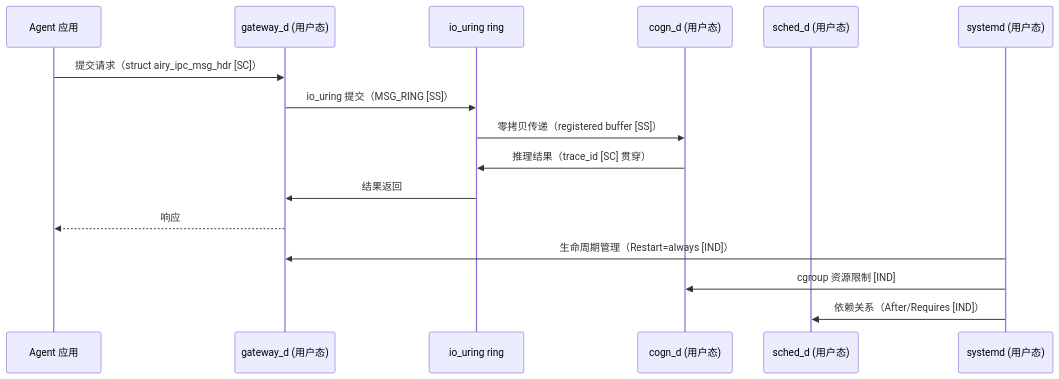
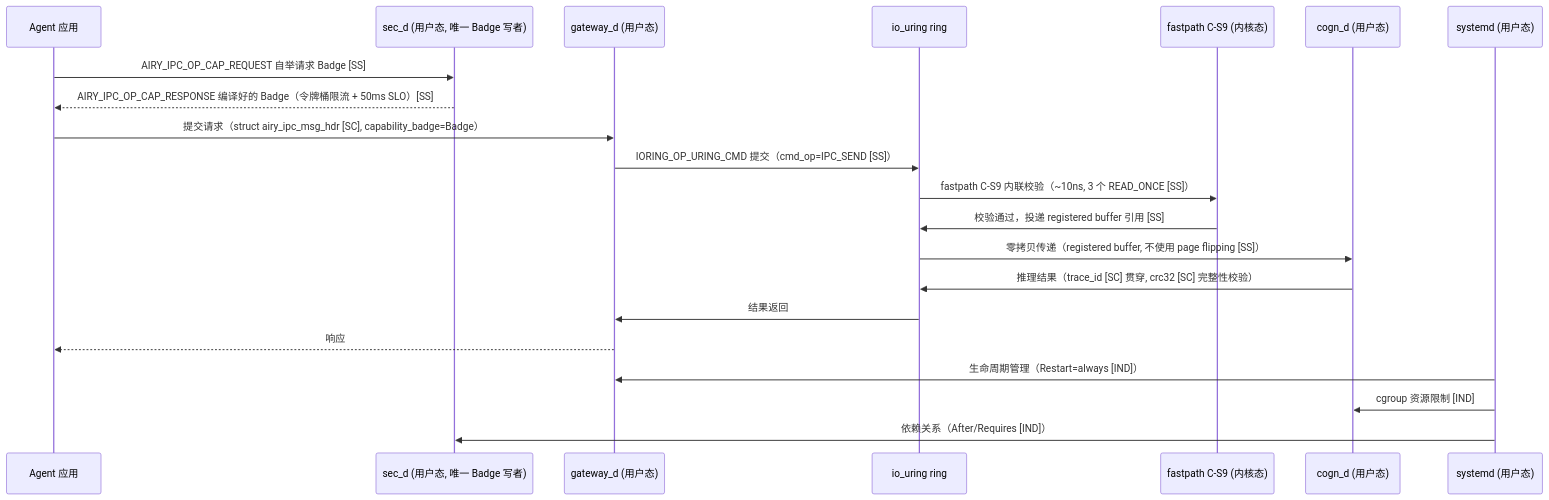
Before and after one commit to openairymax/docs: the first of 2 diagrams in AirymaxOS/20-modules/02-services.md, drawn with Mermaid. The commit also changed other lines of this file and 125 other files, not shown here.

````diff
--- a/AirymaxOS/20-modules/02-services.md
+++ b/AirymaxOS/20-modules/02-services.md
@@ -391,20 +460,25 @@
 ```mermaid
 sequenceDiagram
     participant APP as Agent 应用
+    participant SECD as sec_d (用户态, 唯一 Badge 写者)
     participant GW as gateway_d (用户态)
     participant IPC as io_uring ring
+    participant CS9 as fastpath C-S9 (内核态)
     participant COGN as cogn_d (用户态)
-    participant SCHED as sched_d (用户态)
     participant SYS as systemd (用户态)
 
-    APP->>GW: 提交请求（struct airy_ipc_msg_hdr [SC]）
-    GW->>IPC: io_uring 提交（MSG_RING [SS]）
-    IPC->>COGN: 零拷贝传递（registered buffer [SS]）
-    COGN->>IPC: 推理结果（trace_id [SC] 贯穿）
+    APP->>SECD: AIRY_IPC_OP_CAP_REQUEST 自举请求 Badge [SS]
+    SECD-->>APP: AIRY_IPC_OP_CAP_RESPONSE 编译好的 Badge（令牌桶限流 + 50ms SLO）[SS]
+    APP->>GW: 提交请求（struct airy_ipc_msg_hdr [SC], capability_badge=Badge）
+    GW->>IPC: IORING_OP_URING_CMD 提交（cmd_op=IPC_SEND [SS]）
+    IPC->>CS9: fastpath C-S9 内联校验（~10ns, 3 个 READ_ONCE [SS]）
+    CS9->>IPC: 校验通过，投递 registered buffer 引用 [SS]
+    IPC->>COGN: 零拷贝传递（registered buffer, 不使用 page flipping [SS]）
+    COGN->>IPC: 推理结果（trace_id [SC] 贯穿, crc32 [SC] 完整性校验）
     IPC->>GW: 结果返回
     GW-->>APP: 响应
 
     SYS->>GW: 生命周期管理（Restart=always [IND]）
     SYS->>COGN: cgroup 资源限制 [IND]
-    SYS->>SCHED: 依赖关系（After/Requires [IND]）
+    SYS->>SECD: 依赖关系（After/Requires [IND]）
 ```
````
